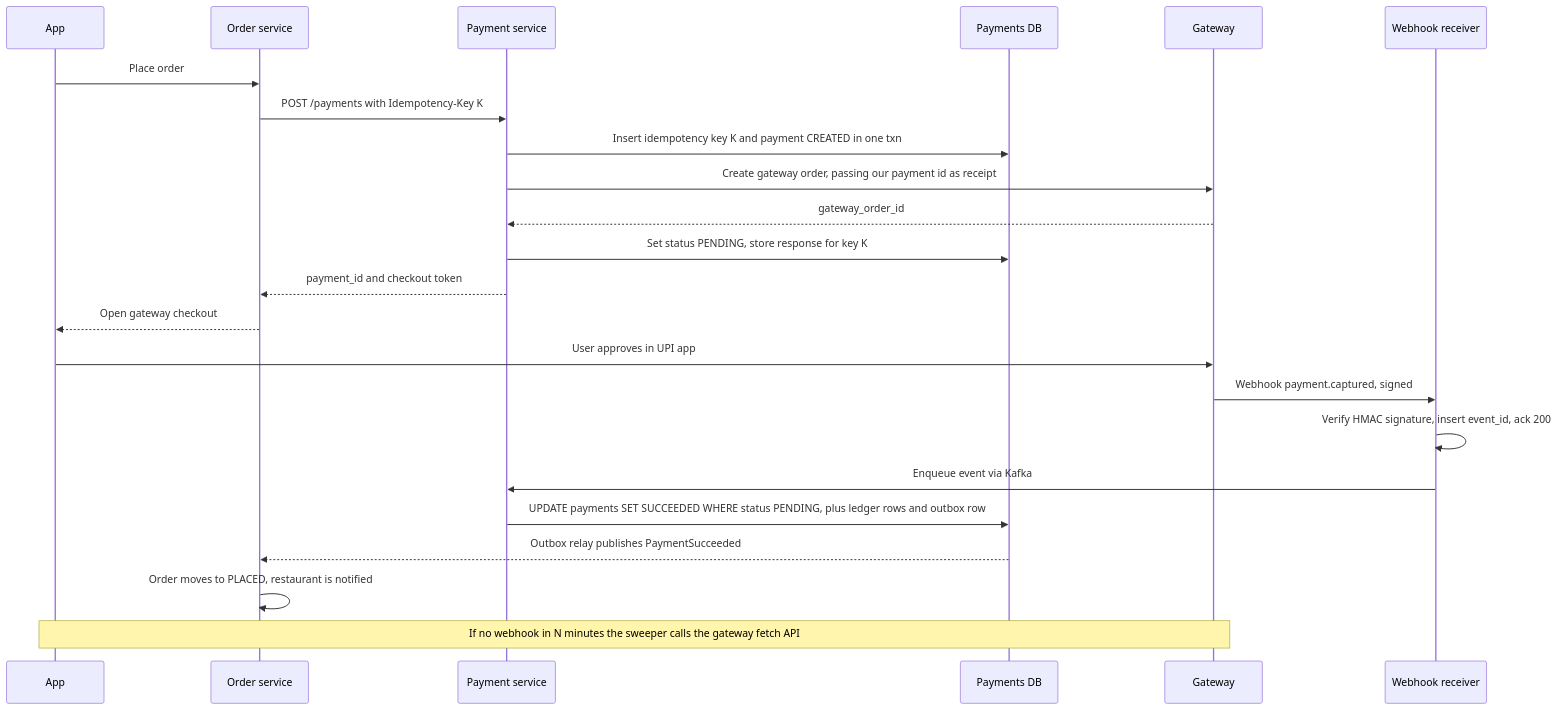
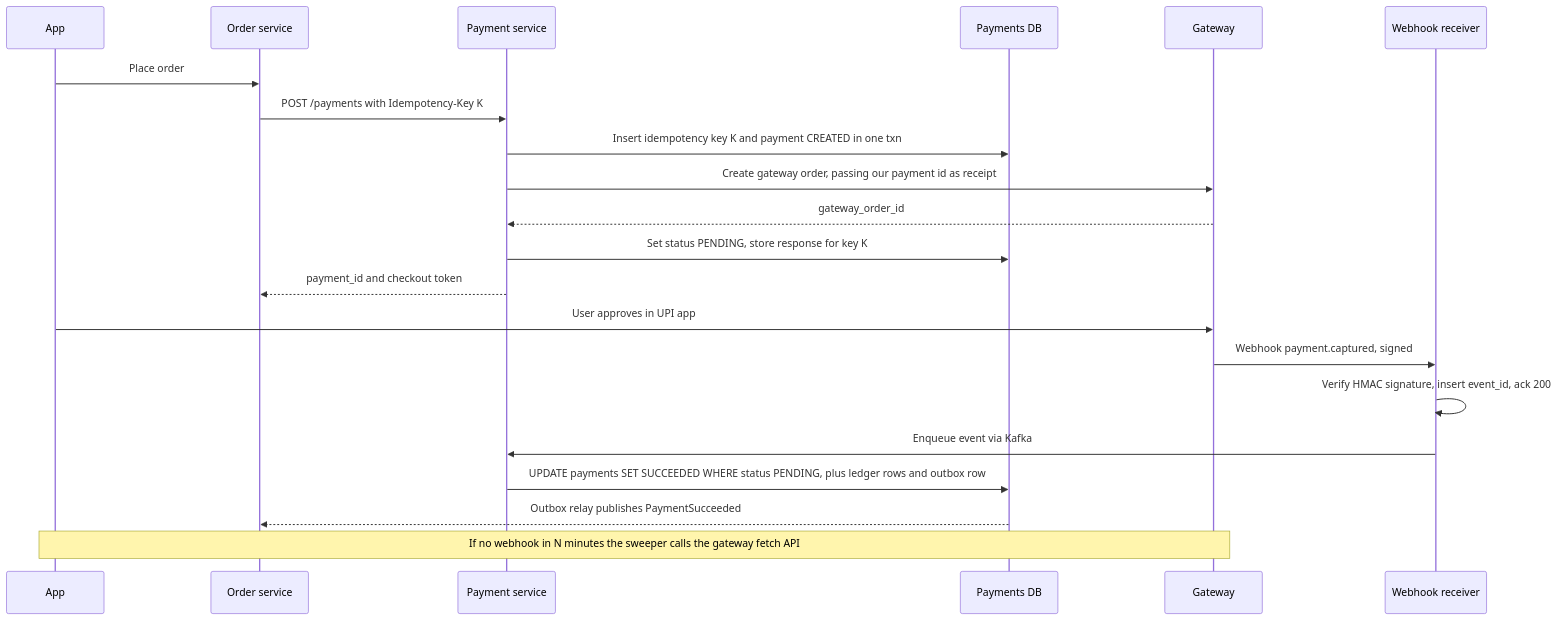
The second of 14 diagrams in 07b_SD_QA_Payments_Booking_and_More.md (vedanshkap2692/zomato-interview-prep), drawn with Mermaid before and after one commit. The commit also changed other lines of this file and 6 other files, not shown here.

````diff
--- a/07b_SD_QA_Payments_Booking_and_More.md
+++ b/07b_SD_QA_Payments_Booking_and_More.md
@@ -179,25 +88,23 @@
 ```mermaid
 sequenceDiagram
   participant A as App
   participant O as Order service
   participant P as Payment service
   participant DB as Payments DB
   participant G as Gateway
   participant W as Webhook receiver
   A->>O: Place order
   O->>P: POST /payments with Idempotency-Key K
   P->>DB: Insert idempotency key K and payment CREATED in one txn
   P->>G: Create gateway order, passing our payment id as receipt
   G-->>P: gateway_order_id
   P->>DB: Set status PENDING, store response for key K
   P-->>O: payment_id and checkout token
-  O-->>A: Open gateway checkout
   A->>G: User approves in UPI app
   G->>W: Webhook payment.captured, signed
   W->>W: Verify HMAC signature, insert event_id, ack 200
   W->>P: Enqueue event via Kafka
   P->>DB: UPDATE payments SET SUCCEEDED WHERE status PENDING, plus ledger rows and outbox row
   DB-->>O: Outbox relay publishes PaymentSucceeded
-  O->>O: Order moves to PLACED, restaurant is notified
   Note over A,G: If no webhook in N minutes the sweeper calls the gateway fetch API
 ```
````
